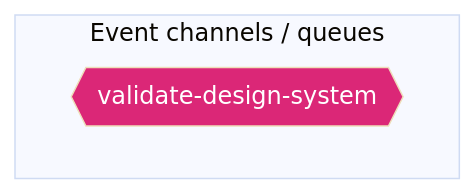
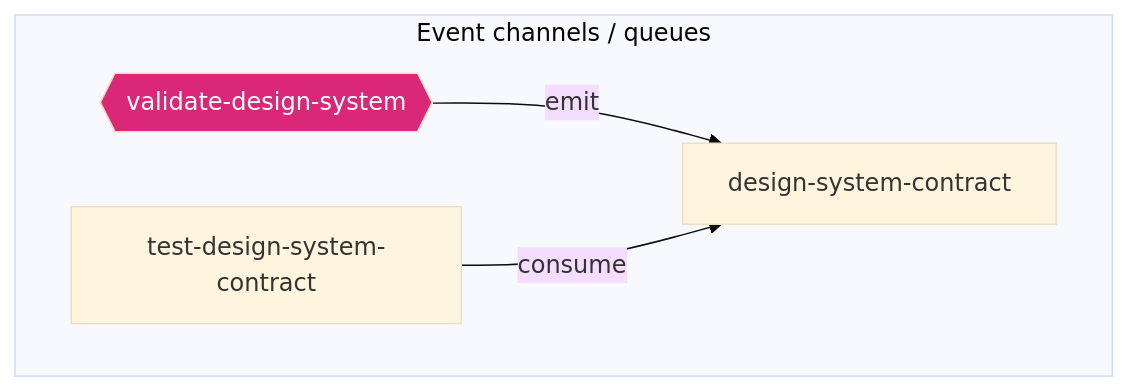
The diagram in .diagram/events.mmd (jscraik/websites), drawn with Mermaid (base theme) before and after one commit. The commit also changed 29 other files, not shown here.

```diff
--- a/.diagram/events.mmd
+++ b/.diagram/events.mmd
@@ -1,6 +1,10 @@
 flowchart TD
   subgraph Channels["Event channels / queues"]
     validate_design_system_b8a5f37c{{"validate-design-system"}}
+    design_system_contract_744a00f2["design-system-contract"]
+    test_design_system_contract_2b5439cd["test-design-system-contract"]
   end
+  validate_design_system_b8a5f37c -->|emit| design_system_contract_744a00f2
+  test_design_system_contract_2b5439cd -->|consume| design_system_contract_744a00f2
   classDef eventNode fill:#db2777,color:#fff
   class validate_design_system_b8a5f37c eventNode
```
